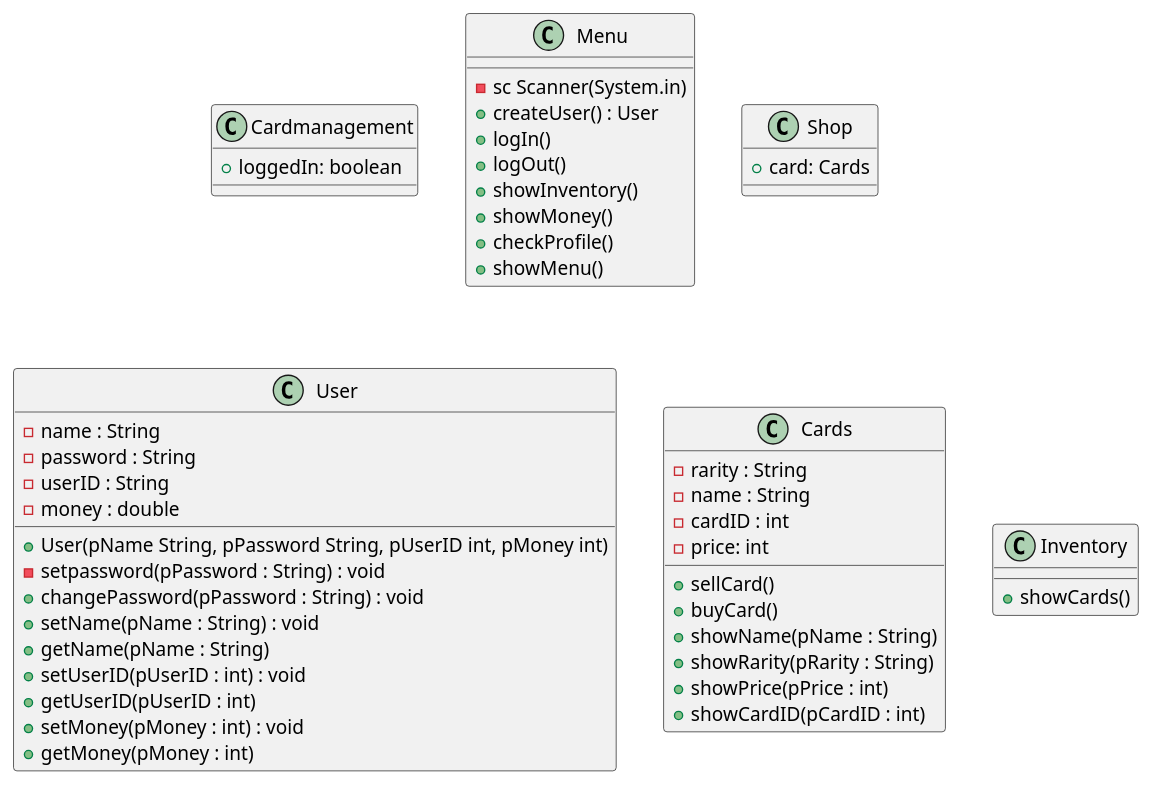
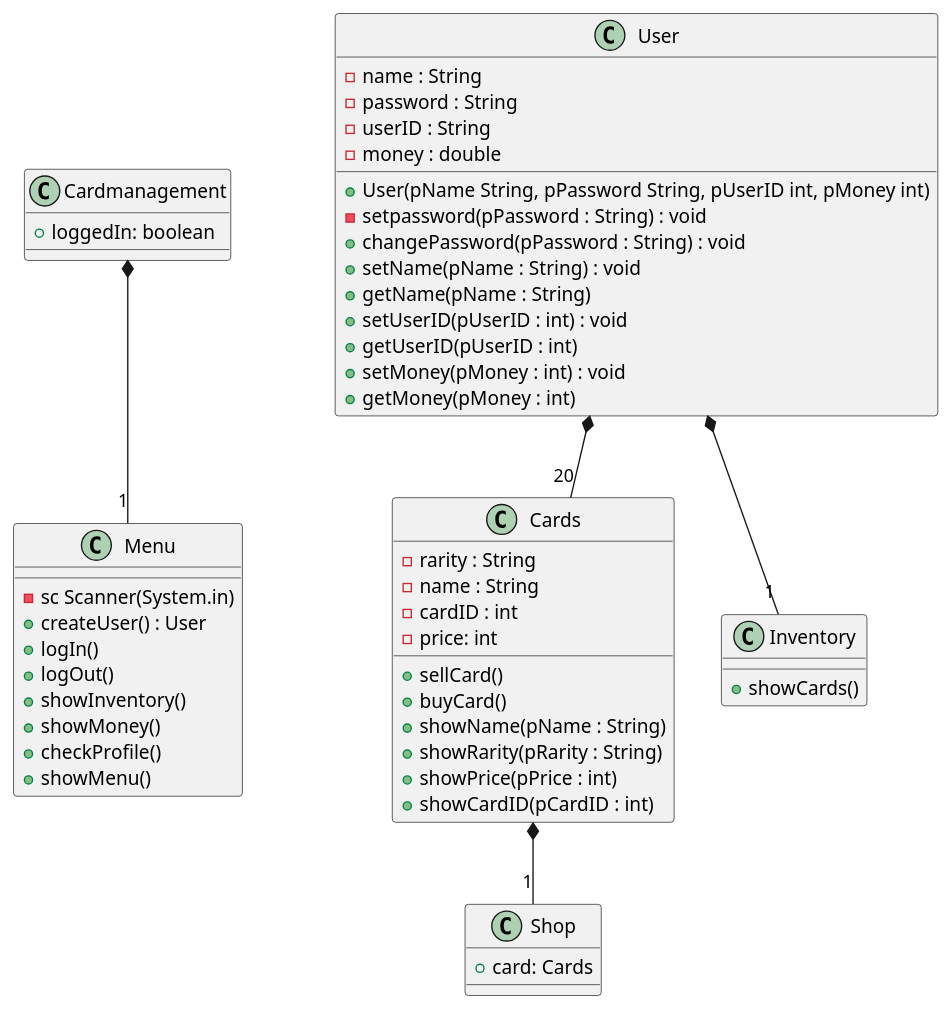
One commit to HEBK-BGM/Verwaltungssoftware_Team_4 changed the diagram in Docs/Pflichtenheft/Diagramme/Klassendiagramm-Card.iuml. Above: the diagram before and after it, drawn with PlantUML.

Commit message:
[ADD] Klassendiagramm-Beziehungen (nicht fertig)

```diff
--- a/Docs/Pflichtenheft/Diagramme/Klassendiagramm-Card.iuml
+++ b/Docs/Pflichtenheft/Diagramme/Klassendiagramm-Card.iuml
@@ -1,79 +1,83 @@
 @startuml Klassendiagramm
 
 class Cardmanagement{
     +loggedIn: boolean
 
 
 
 }
 
 
 
 class Menu{
     -sc Scanner(System.in)
     +createUser() : User
     +logIn()
     +logOut()
     +showInventory()
     +showMoney()
     +checkProfile()
     +showMenu()
 
 
 }
 
 
 
 
 class Shop{
     + card: Cards
 
 }
 
 
 
 
 class User{
     -name : String
     -password : String
     -userID : String
     -money : double
 
 
     + User(pName String, pPassword String, pUserID int, pMoney int)
     -setpassword(pPassword : String) : void
     +changePassword(pPassword : String) : void
     +setName(pName : String) : void 
     +getName(pName : String)  
     +setUserID(pUserID : int) : void
     +getUserID(pUserID : int) 
     +setMoney(pMoney : int) : void
     +getMoney(pMoney : int) 
 
 }
 
 
 
 
 class Cards{
     -rarity : String
     -name : String
     -cardID : int
     -price: int
 
     +sellCard()
     +buyCard()
     +showName(pName : String)
     +showRarity(pRarity : String)
     +showPrice(pPrice : int)
     +showCardID(pCardID : int)
 
 }
 
 
 
 class Inventory{
 
 +showCards()
 }
+Cardmanagement *-- "1" Menu
+User *-- "1" Inventory
+User *-- "20" Cards
+Cards *-- "1" Shop
 @enduml
```
